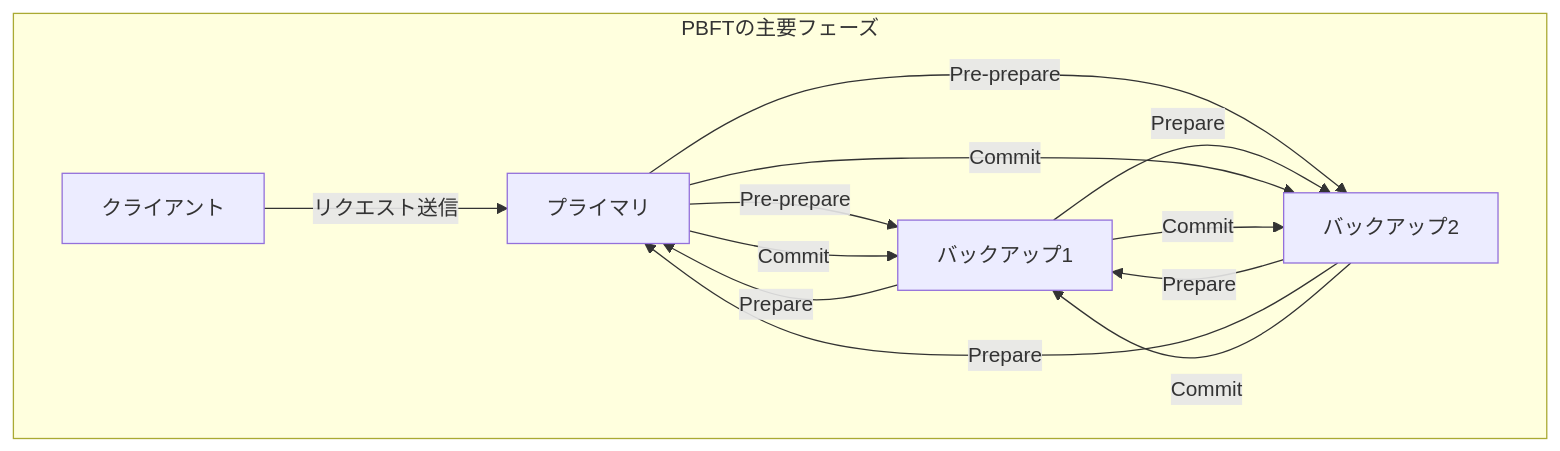
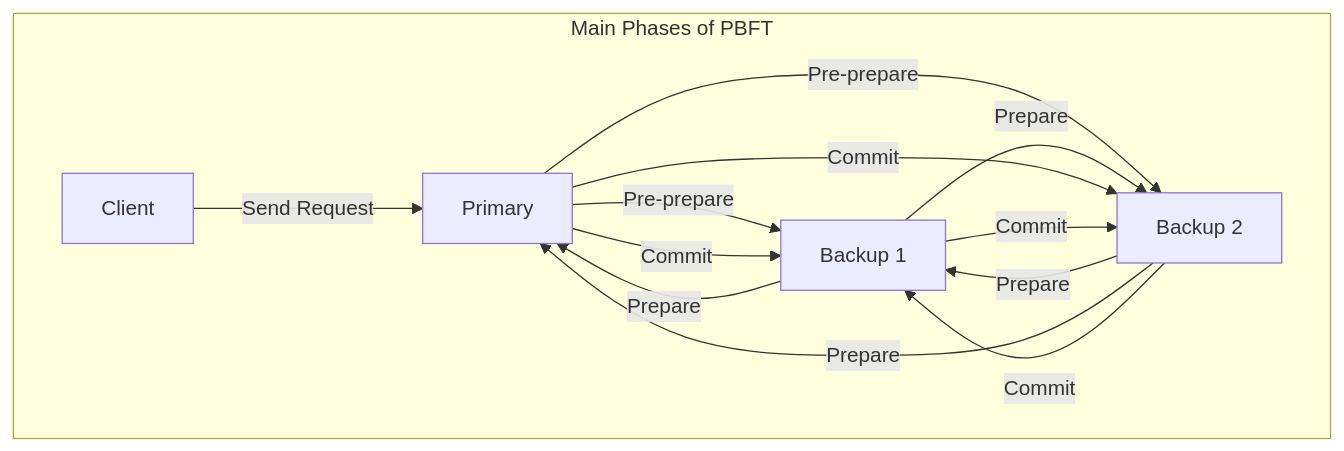
One commit to kenjinote/blog changed the fourth of 4 diagrams in content/post/byzantine-generals-problem/index.en.md. Above: the diagram before and after it, drawn with Mermaid. The commit also changed other lines of this file and 28 other files, not shown here.

Commit message:
Translate Japanese text inside Mermaid diagrams to respective languages

````diff
--- a/content/post/byzantine-generals-problem/index.en.md
+++ b/content/post/byzantine-generals-problem/index.en.md
@@ -131,16 +131,16 @@
 ```mermaid
 graph TD
-subgraph "PBFTの主要フェーズ"
-    C["クライアント"] -->|"リクエスト送信"| P["プライマリ"]
-    P -->|"Pre-prepare"| B1["バックアップ1"]
-    P -->|"Pre-prepare"| B2["バックアップ2"]
+subgraph "Main Phases of PBFT"
+    C["Client"] -->|"Send Request"| P["Primary"]
+    P -->|"Pre-prepare"| B1["Backup 1"]
+    P -->|"Pre-prepare"| B2["Backup 2"]
     B1 -->|"Prepare"| B2
     B2 -->|"Prepare"| B1
     B1 -->|"Prepare"| P
     B2 -->|"Prepare"| P
     P -->|"Commit"| B1
     P -->|"Commit"| B2
     B1 -->|"Commit"| B2
     B2 -->|"Commit"| B1
 end
 ```
````
